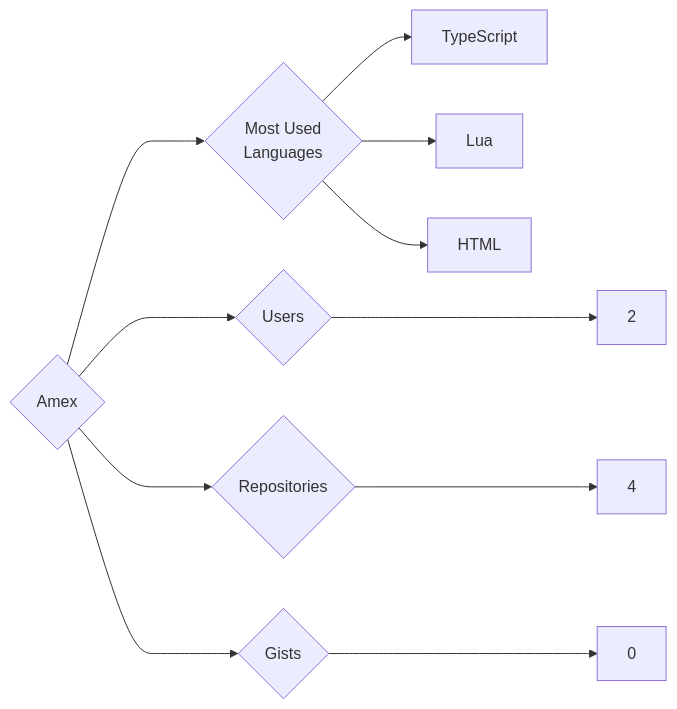
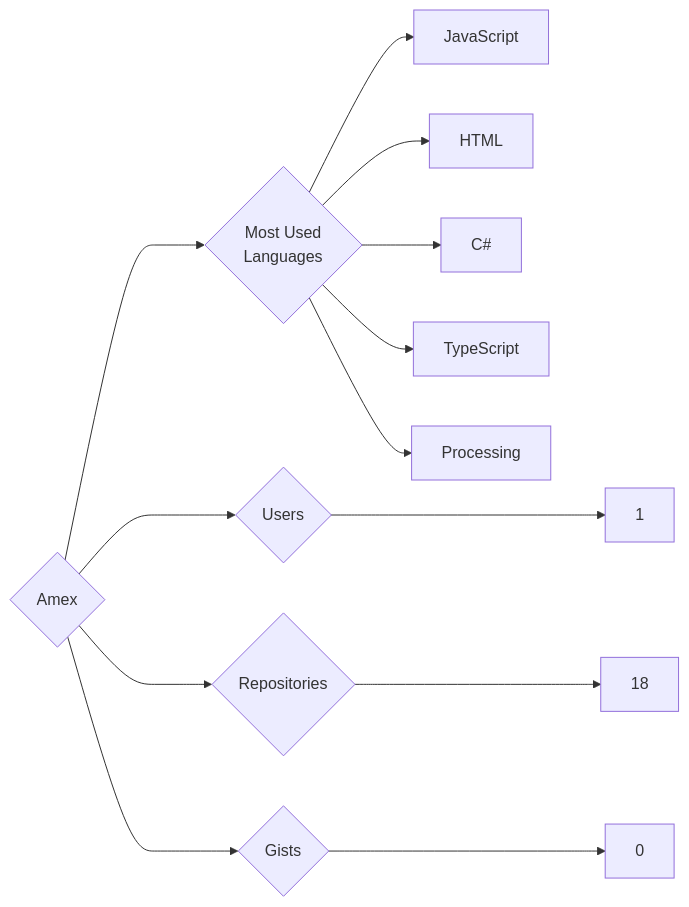
Before and after one commit to trickest/insiders: the diagram in targets/Amex/README.md, drawn with Mermaid. The commit also changed 900 other files, not shown here.

````diff
--- a/targets/Amex/README.md
+++ b/targets/Amex/README.md
@@ -3,11 +3,13 @@
 ```mermaid
 graph LR
 COMPANY_NAME{Amex}
-COMPANY_NAME ---> U{Users} ---> UN[2]
-COMPANY_NAME ---> R{Repositories} ---> RN[4]
+COMPANY_NAME ---> U{Users} ---> UN[1]
+COMPANY_NAME ---> R{Repositories} ---> RN[18]
 COMPANY_NAME ---> G{Gists} ---> GN[0]
 COMPANY_NAME ---> ML{Most Used<br>Languages}
+ML --> JavaScript[JavaScript]
+ML --> HTML[HTML]
+ML --> C#[C#]
 ML --> TypeScript[TypeScript]
-ML --> Lua[Lua]
-ML --> HTML[HTML]
+ML --> Processing[Processing]
 ```
````
